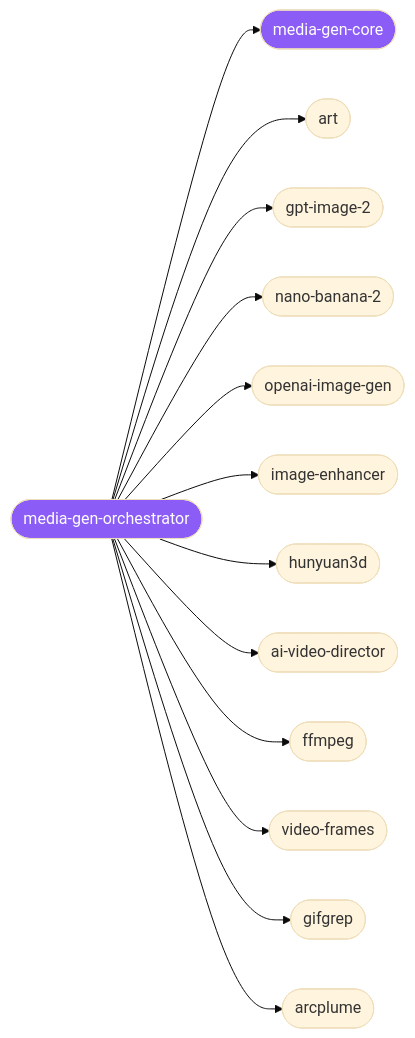
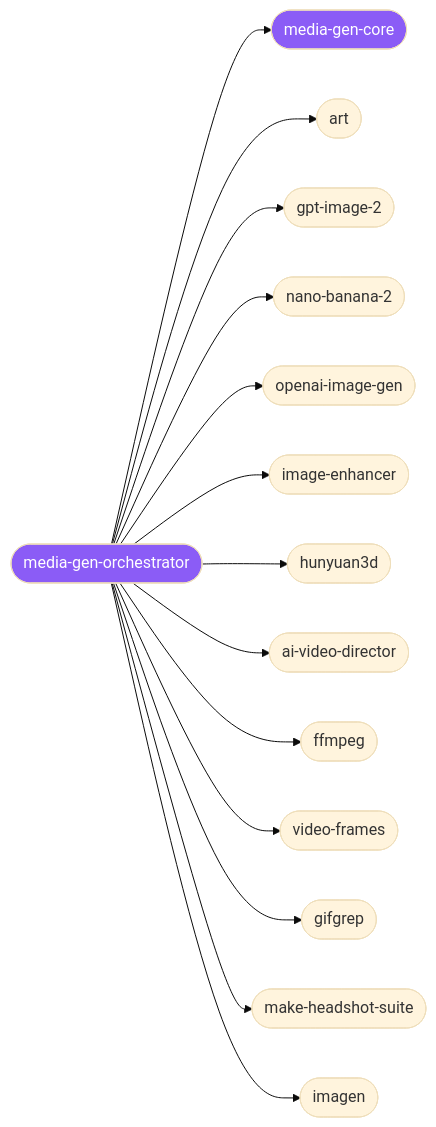
Before and after one commit to Sheshiyer/skill-clusters: the diagram in clusters/media-gen/README.md, drawn with Mermaid (base theme). The commit also changed other lines of this file and 53 other files, not shown here.

````diff
--- a/clusters/media-gen/README.md
+++ b/clusters/media-gen/README.md
@@ -18,16 +18,17 @@
 ```mermaid
 graph LR
   o([media-gen-orchestrator]):::hub --> c([media-gen-core]):::hub
   o --> s1([art])
   o --> s2([gpt-image-2])
   o --> s3([nano-banana-2])
   o --> s4([openai-image-gen])
   o --> s5([image-enhancer])
   o --> s6([hunyuan3d])
   o --> s7([ai-video-director])
   o --> s8([ffmpeg])
   o --> s9([video-frames])
   o --> s10([gifgrep])
-  o --> s11([arcplume])
+  o --> s11([make-headshot-suite])
+  o --> s12([imagen])
   classDef hub fill:#8b5cf6,color:#fff;
 ```
````
